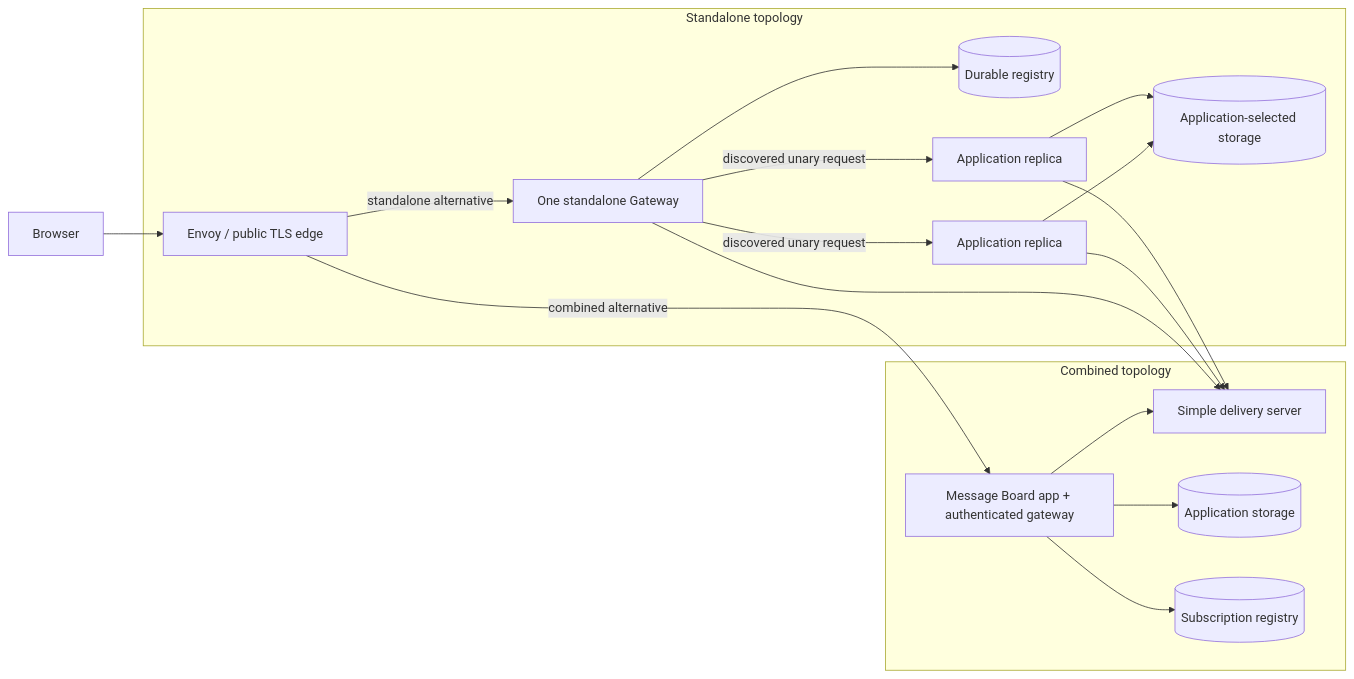
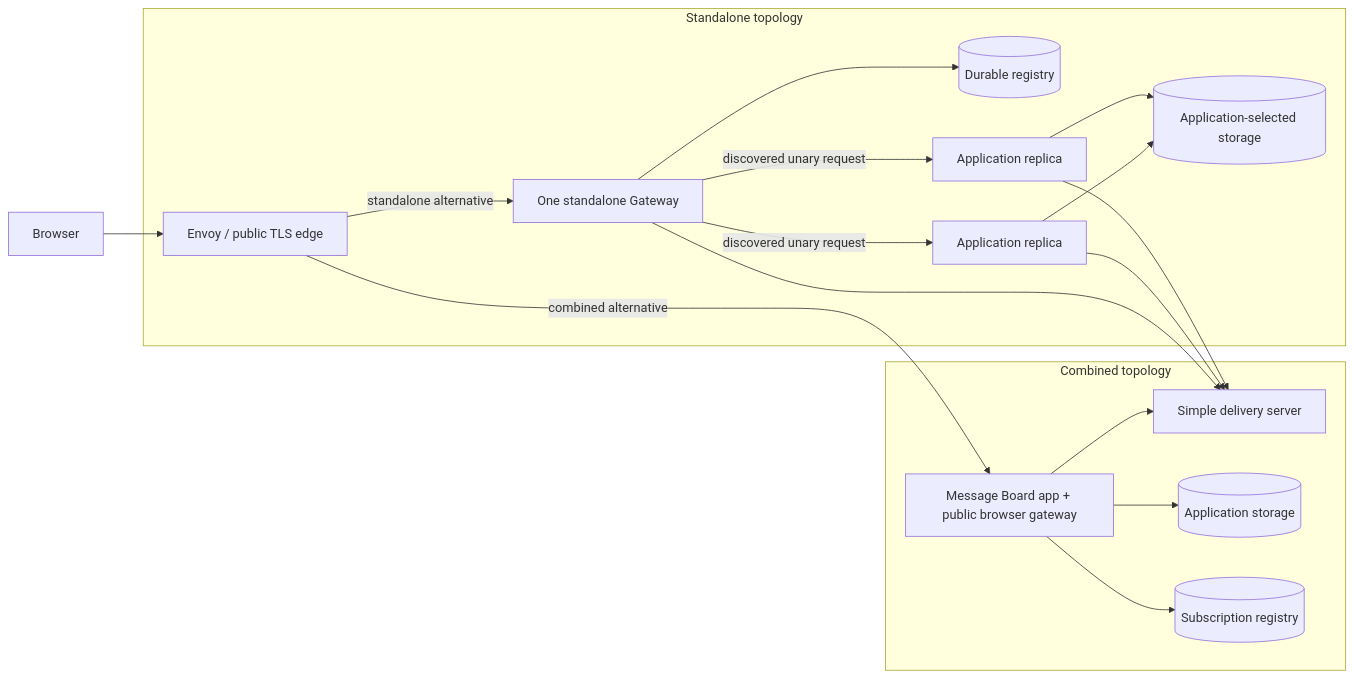
One commit to SpineEventEngine/spine-ts changed the second of 2 diagrams in examples/message-board/README.md. Above: the diagram before and after it, drawn with Mermaid. The commit also changed other lines of this file and 10 other files, not shown here.

Commit message:
docs(message-board): clarify public multi-process tutorial

````diff
--- a/examples/message-board/README.md
+++ b/examples/message-board/README.md
@@ -197,23 +209,23 @@
 ```mermaid
 flowchart LR
   Browser[Browser] --> Envoy[Envoy / public TLS edge]
   D[Simple delivery server]
   subgraph Combined[Combined topology]
-    C[Message Board app + authenticated gateway]
+    C[Message Board app + public browser gateway]
     C --> CS[(Application storage)]
     C --> CR[(Subscription registry)]
     C --> D
   end
   Envoy -->|combined alternative| C
   subgraph Standalone[Standalone topology]
     Envoy -->|standalone alternative| G[One standalone Gateway]
     G --> R[(Durable registry)]
     G -->|discovered unary request| A1[Application replica]
     G -->|discovered unary request| A2[Application replica]
     A1 --> S[(Application-selected storage)]
     A2 --> S
     A1 --> D
     A2 --> D
     G --> D
   end
 ```
````
